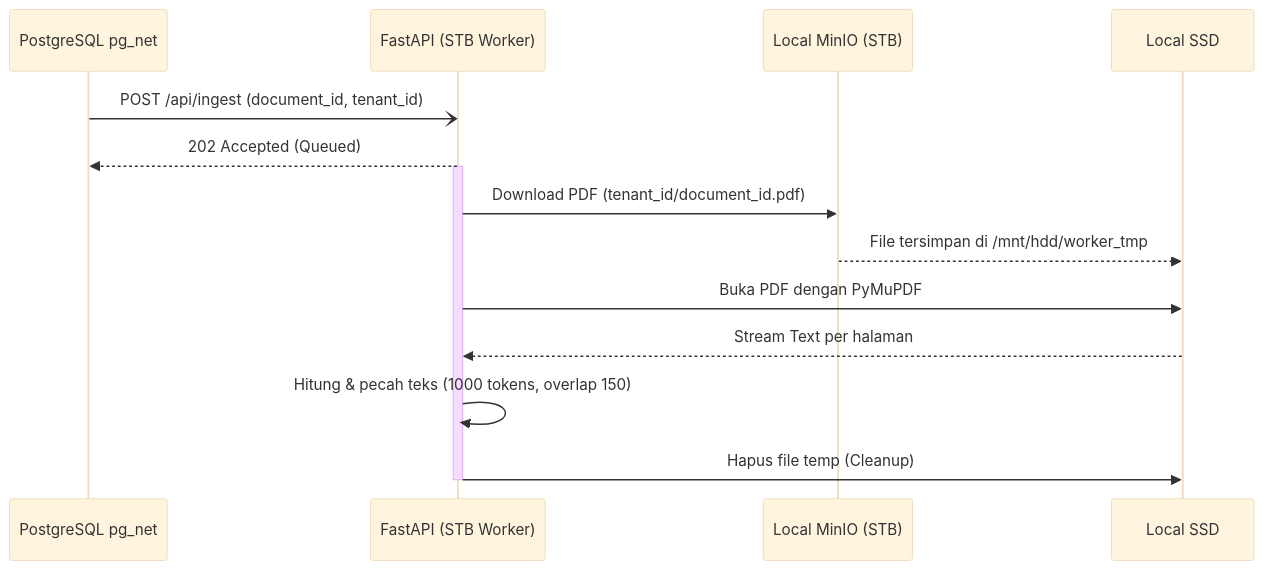
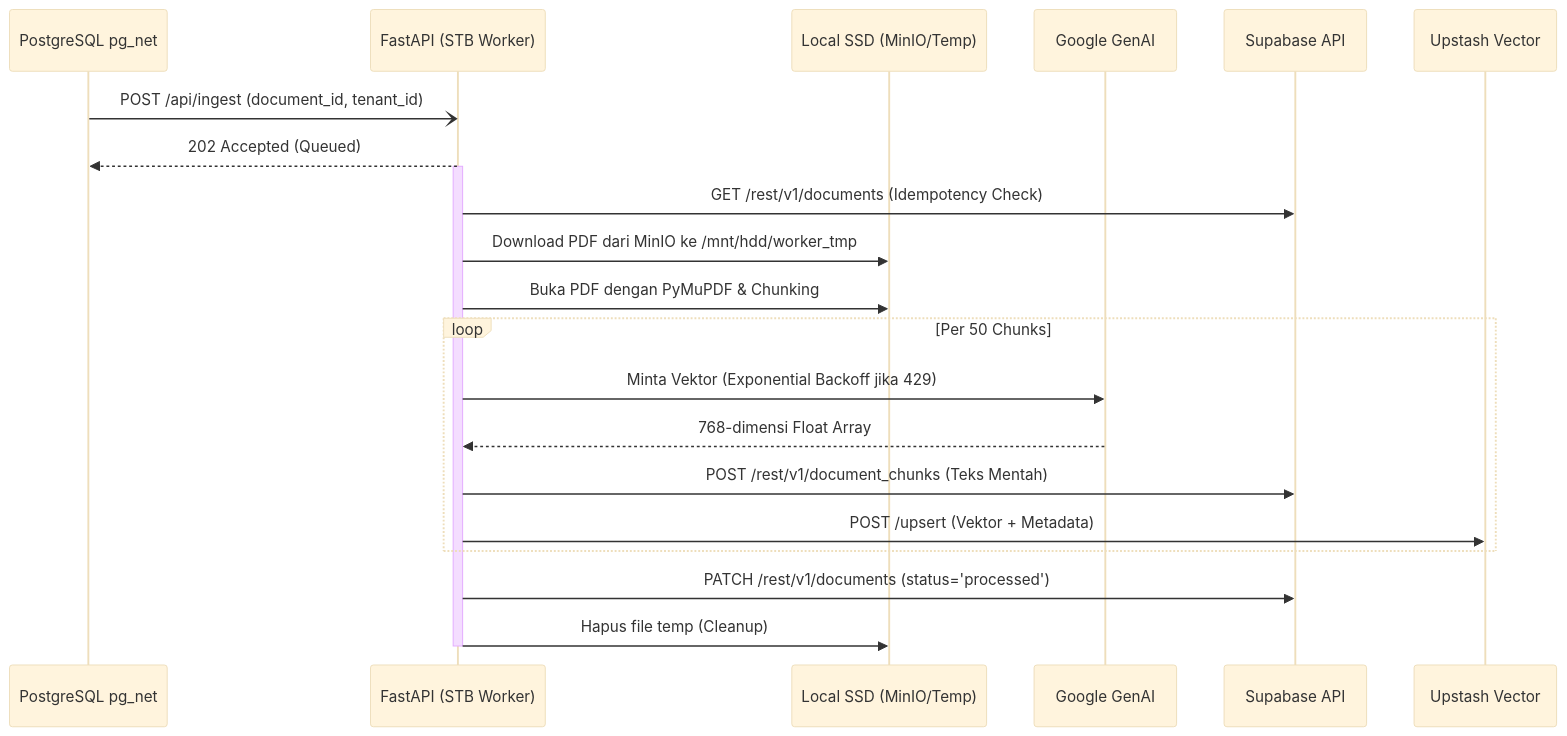
One commit to kanzhamada/Dokyudo changed the diagram in docs/backend/stb-extraction-worker.md. Above: the diagram before and after it, drawn with Mermaid (base theme). The commit also changed other lines of this file and 12 other files, not shown here.

First line of the commit message:
Refactor STB worker to clean architecture

````diff
--- a/docs/backend/stb-extraction-worker.md
+++ b/docs/backend/stb-extraction-worker.md
@@ -7,21 +12,29 @@
 ```mermaid
 sequenceDiagram
     participant Supabase as PostgreSQL pg_net
     participant API as FastAPI (STB Worker)
-    participant MinIO as Local MinIO (STB)
-    participant Disk as Local SSD
+    participant Disk as Local SSD (MinIO/Temp)
+    participant Gemini as Google GenAI
+    participant PostgREST as Supabase API
+    participant Upstash as Upstash Vector
 
     Supabase-)API: POST /api/ingest (document_id, tenant_id)
     API-->>Supabase: 202 Accepted (Queued)
     
     activate API
-    API->>MinIO: Download PDF (tenant_id/document_id.pdf)
-    MinIO-->>Disk: File tersimpan di /mnt/hdd/worker_tmp
+    API->>PostgREST: GET /rest/v1/documents (Idempotency Check)
+    API->>Disk: Download PDF dari MinIO ke /mnt/hdd/worker_tmp
     
-    API->>Disk: Buka PDF dengan PyMuPDF
-    Disk-->>API: Stream Text per halaman
+    API->>Disk: Buka PDF dengan PyMuPDF & Chunking
     
-    API->>API: Hitung & pecah teks (1000 tokens, overlap 150)
+    loop Per 50 Chunks
+        API->>Gemini: Minta Vektor (Exponential Backoff jika 429)
+        Gemini-->>API: 768-dimensi Float Array
+        API->>PostgREST: POST /rest/v1/document_chunks (Teks Mentah)
+        API->>Upstash: POST /upsert (Vektor + Metadata)
+    end
+    
+    API->>PostgREST: PATCH /rest/v1/documents (status='processed')
     API->>Disk: Hapus file temp (Cleanup)
     deactivate API
 ```
````
